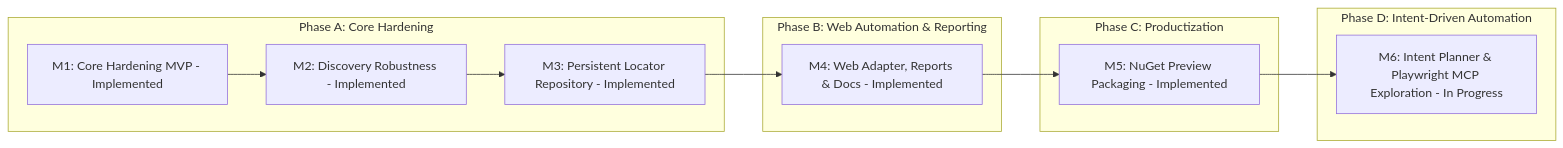
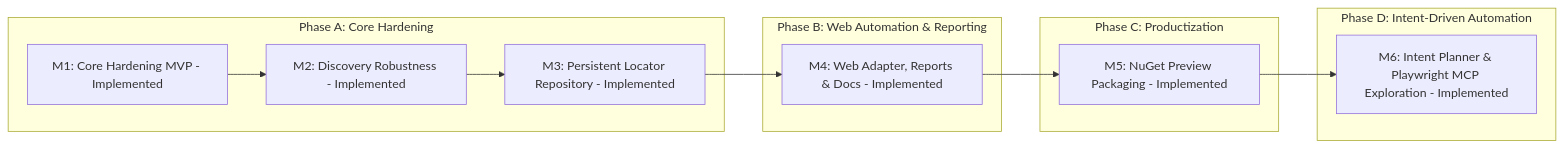
One commit to mustafasercansak/automation-sandbox changed the third of 3 diagrams in README.md. Above: the diagram before and after it, drawn with Mermaid. The commit also changed other lines of this file, not shown here.

Commit message:
docs: mark intent automation milestone implemented

````diff
--- a/README.md
+++ b/README.md
@@ -464,19 +464,19 @@
 ```mermaid
 graph LR
     subgraph PhaseA [Phase A: Core Hardening]
         M1[M1: Core Hardening MVP - Implemented]
         M2[M2: Discovery Robustness - Implemented]
         M3[M3: Persistent Locator Repository - Implemented]
         M1 --> M2 --> M3
     end
     subgraph PhaseB [Phase B: Web Automation & Reporting]
         M4[M4: Web Adapter, Reports & Docs - Implemented]
     end
     subgraph PhaseC [Phase C: Productization]
         M5[M5: NuGet Preview Packaging - Implemented]
     end
     subgraph PhaseD [Phase D: Intent-Driven Automation]
-        M6[M6: Intent Planner & Playwright MCP Exploration - In Progress]
+        M6[M6: Intent Planner & Playwright MCP Exploration - Implemented]
     end
     M3 --> M4 --> M5 --> M6
 ```
````
